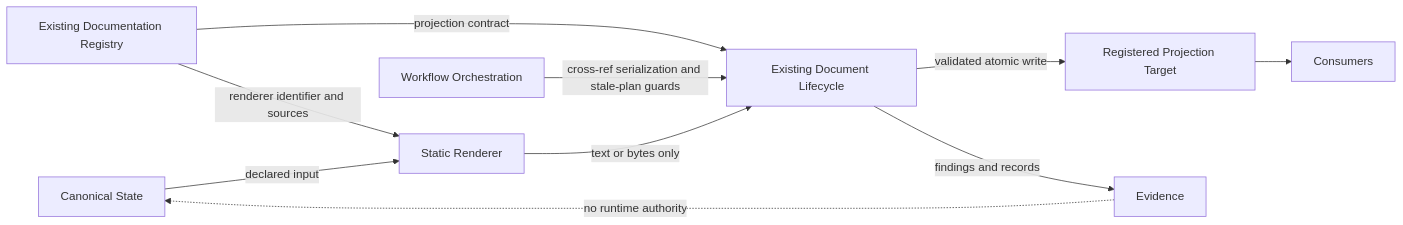
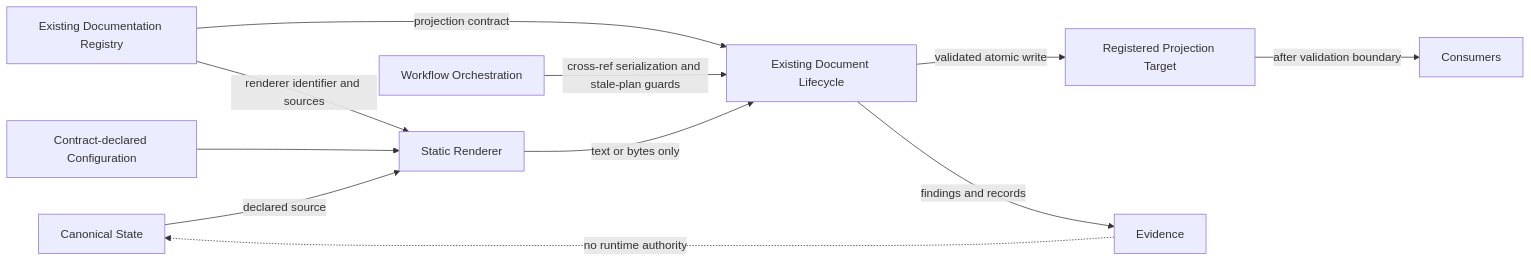
Before and after one commit to vfi64/agentic-project-kit-dpa-lab: the diagram in specs/dpa/DPA-100-FOUNDATIONS.md, drawn with Mermaid. The commit also changed other lines of this file, not shown here.

````diff
--- a/specs/dpa/DPA-100-FOUNDATIONS.md
+++ b/specs/dpa/DPA-100-FOUNDATIONS.md
@@ -327,12 +369,13 @@
 ```mermaid
 flowchart LR
-    CS[Canonical State] -->|declared input| R[Static Renderer]
+    CS[Canonical State] -->|declared source| R[Static Renderer]
+    CFG[Contract-declared Configuration] --> R
     REG[Existing Documentation Registry] -->|projection contract| LC[Existing Document Lifecycle]
     REG -->|renderer identifier and sources| R
     R -->|text or bytes only| LC
     LC -->|validated atomic write| T[Registered Projection Target]
     WF[Workflow Orchestration] -->|cross-ref serialization and stale-plan guards| LC
     LC -->|findings and records| E[Evidence]
     E -. no runtime authority .-> CS
-    T --> C[Consumers]
+    T -->|after validation boundary| C[Consumers]
 ```
````
